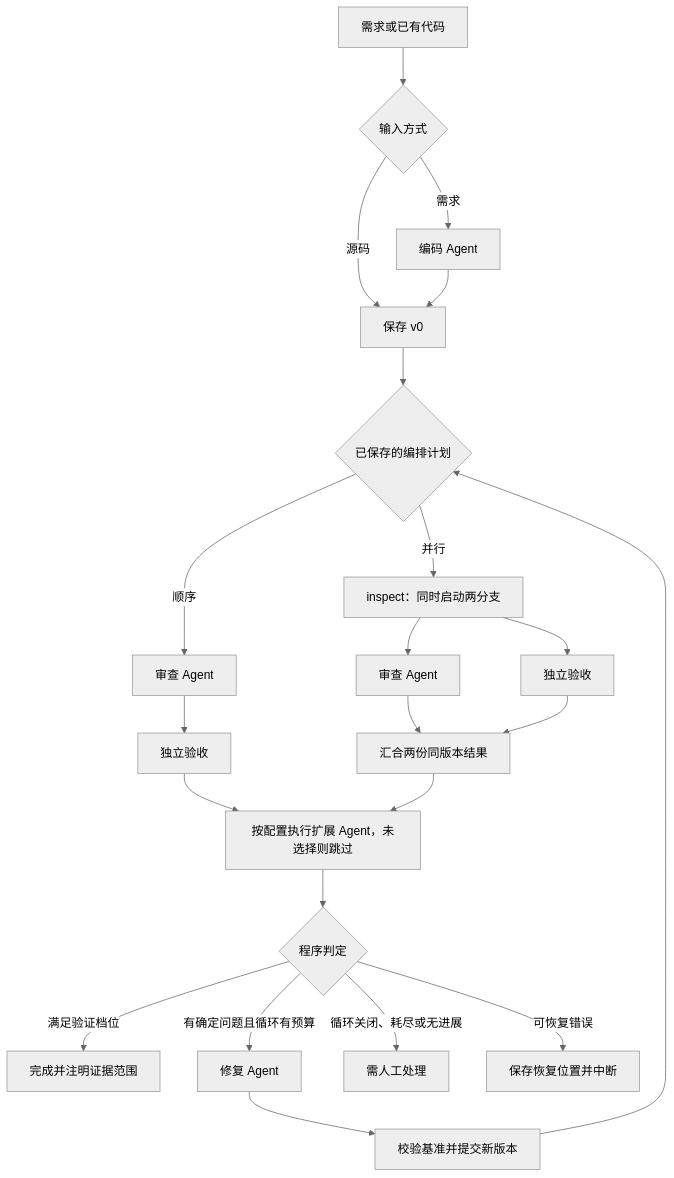
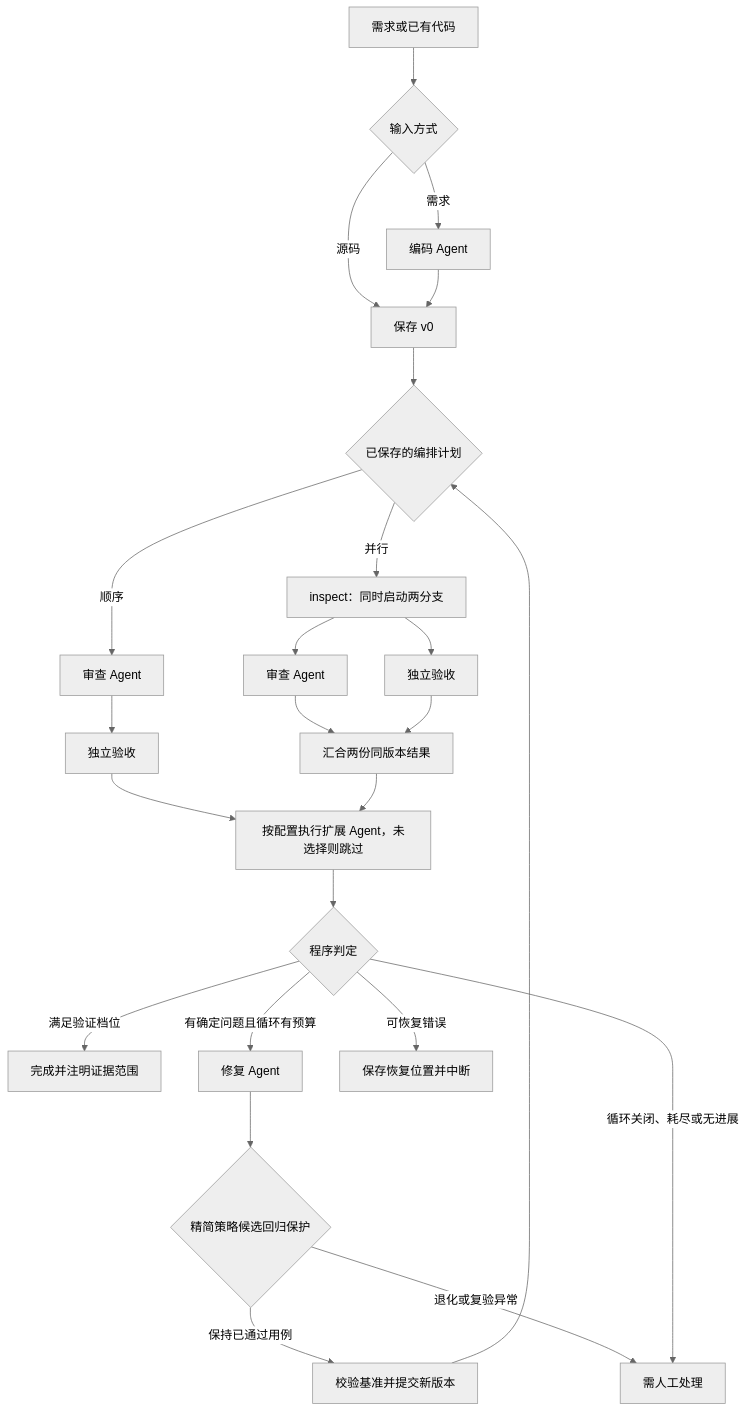
The diagram in docs/DESIGN.md (KADG777/Codelens_Pro), drawn with Mermaid (neutral theme) before and after one commit. The commit also changed other lines of this file and 26 other files, not shown here.

````diff
--- a/docs/DESIGN.md
+++ b/docs/DESIGN.md
@@ -18,24 +18,26 @@
 ```mermaid
 flowchart TD
     A[需求或已有代码] --> B{输入方式}
     B -->|需求| C[编码 Agent]
     B -->|源码| D[保存 v0]
     C --> D
     D --> P{已保存的编排计划}
     P -->|顺序| R[审查 Agent]
     R --> V[独立验收]
     P -->|并行| I[inspect：同时启动两分支]
     I --> R2[审查 Agent]
     I --> V2[独立验收]
     R2 --> J[汇合两份同版本结果]
     V2 --> J
     V --> X[按配置执行扩展 Agent，未选择则跳过]
     J --> X
     X --> G{程序判定}
     G -->|满足验证档位| O[完成并注明证据范围]
     G -->|有确定问题且循环有预算| F[修复 Agent]
-    F --> S[校验基准并提交新版本]
+    F --> Q{精简策略候选回归保护}
+    Q -->|保持已通过用例| S[校验基准并提交新版本]
+    Q -->|退化或复验异常| N
     S --> P
     G -->|循环关闭、耗尽或无进展| N[需人工处理]
     G -->|可恢复错误| E[保存恢复位置并中断]
 ```
````
